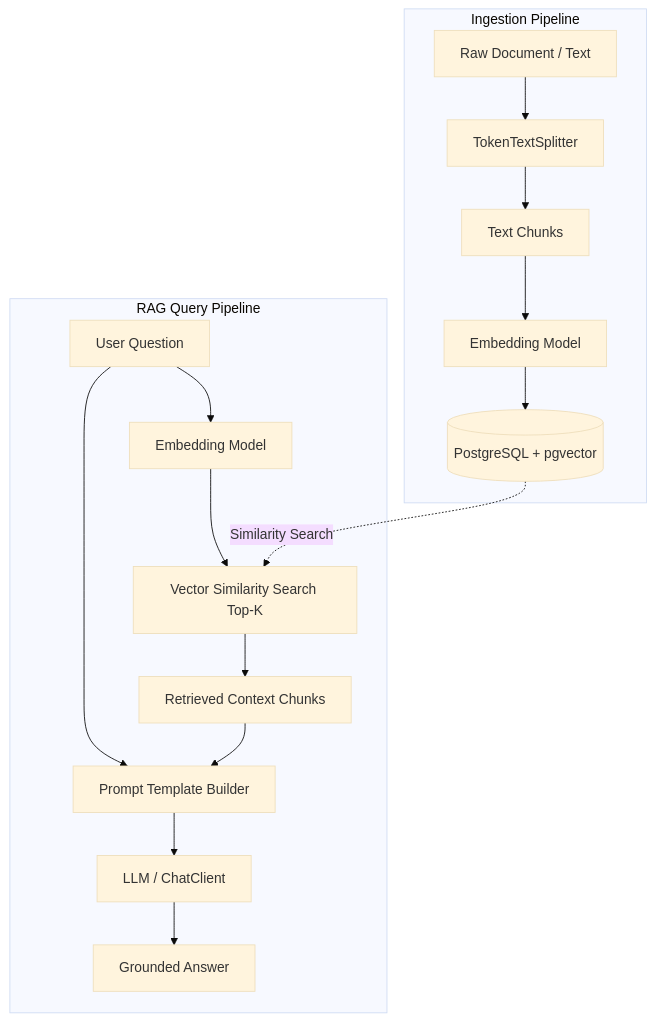
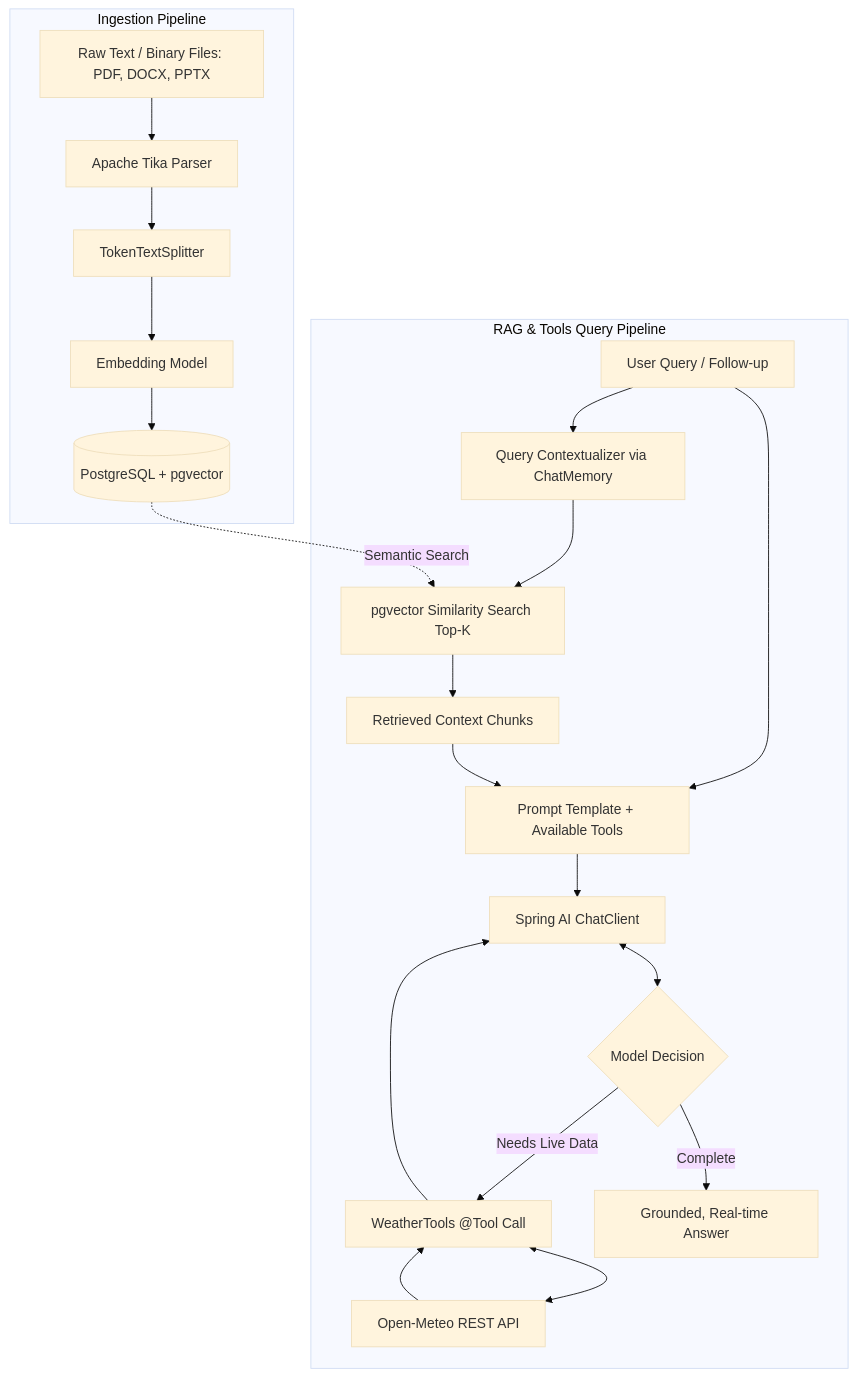
The diagram in README.md (Mudaykirann/Java-RAG), drawn with Mermaid (base theme) before and after one commit. The commit also changed other lines of this file and 4 other files, not shown here.

Commit message:
Add Spring AI 2.0 Function Calling with WeatherTools, RAG tool support, and updated README

````diff
--- a/README.md
+++ b/README.md
@@ -35,20 +41,25 @@
 ```mermaid
 graph TD
     subgraph Ingestion Pipeline
-        A[Raw Document / Text] --> B[TokenTextSplitter]
-        B --> C[Text Chunks]
+        A[Raw Text / Binary Files: PDF, DOCX, PPTX] --> B[Apache Tika Parser]
+        B --> C[TokenTextSplitter]
         C --> D[Embedding Model]
         D --> E[(PostgreSQL + pgvector)]
     end
 
-    subgraph RAG Query Pipeline
-        F[User Question] --> G[Embedding Model]
-        G --> H[Vector Similarity Search Top-K]
-        E -. Similarity Search .-> H
+    subgraph RAG & Tools Query Pipeline
+        F[User Query / Follow-up] --> G[Query Contextualizer via ChatMemory]
+        G --> H[pgvector Similarity Search Top-K]
+        E -. Semantic Search .-> H
         H --> I[Retrieved Context Chunks]
-        F --> J[Prompt Template Builder]
+        F --> J[Prompt Template + Available Tools]
         I --> J
-        J --> K[LLM / ChatClient]
-        K --> L[Grounded Answer]
+        J --> K[Spring AI ChatClient]
+        K <--> L{Model Decision}
+        L -- Needs Live Data --> M[WeatherTools @Tool Call]
+        M <--> N[Open-Meteo REST API]
+        N --> M
+        M --> K
+        L -- Complete --> O[Grounded, Real-time Answer]
     end
 ```
````
